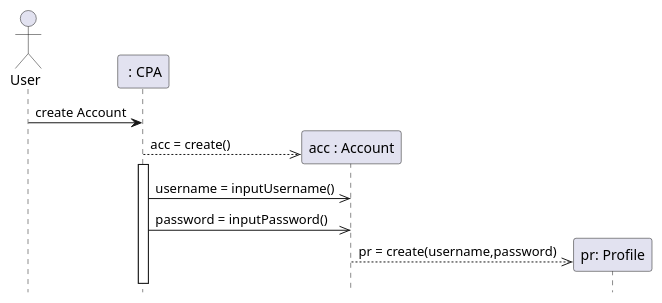
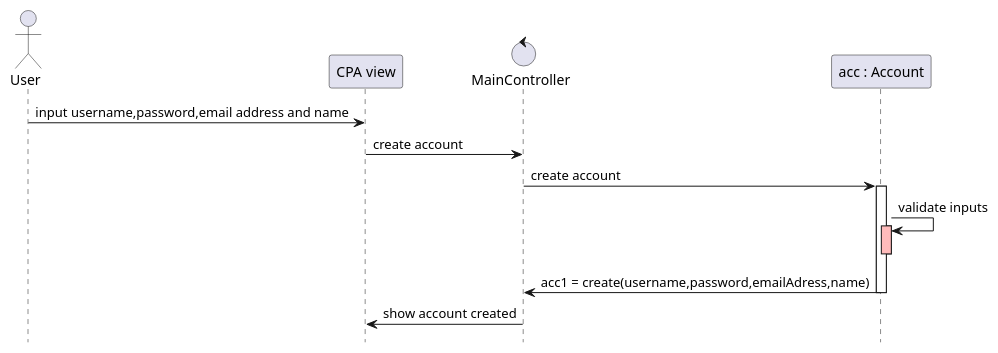
One commit to PriyaMulla/Carpool-Connect-VC changed the second of 2 diagrams in doc/design.md. Above: the diagram before and after it, drawn with PlantUML. The commit also changed other lines of this file, not shown here.

Commit message:
Edited design and created hidden notes

````diff
--- a/doc/design.md
+++ b/doc/design.md
@@ -67,18 +78,30 @@
 ```plantuml
 @startuml
 hide footbox
 
+'ACTORS
 actor User as user
-participant " : CPA" as system
+participant "CPA view" as system
+control "MainController" as controller
 participant "acc : Account" as account
-participant "pr: Profile" as profile
 
-user -> system : create Account
-system -->> account ** : acc = create()
-activate system
-system ->> account : username = inputUsername()
-system ->> account : password = inputPassword()
 
-account -->> profile **: pr = create(username,password)
+
+user -> system : input username,password,email address and name 
+system -> controller : create account
+controller -> account : create account
+
+activate account
+
+account -> account : validate inputs
+activate account #FFBBBB
+
+deactivate account
+
+account -> controller : acc1 = create(username,password,emailAdress,name)
+deactivate account
+controller -> system : show account created
+
+
 @enduml
 ```
````
